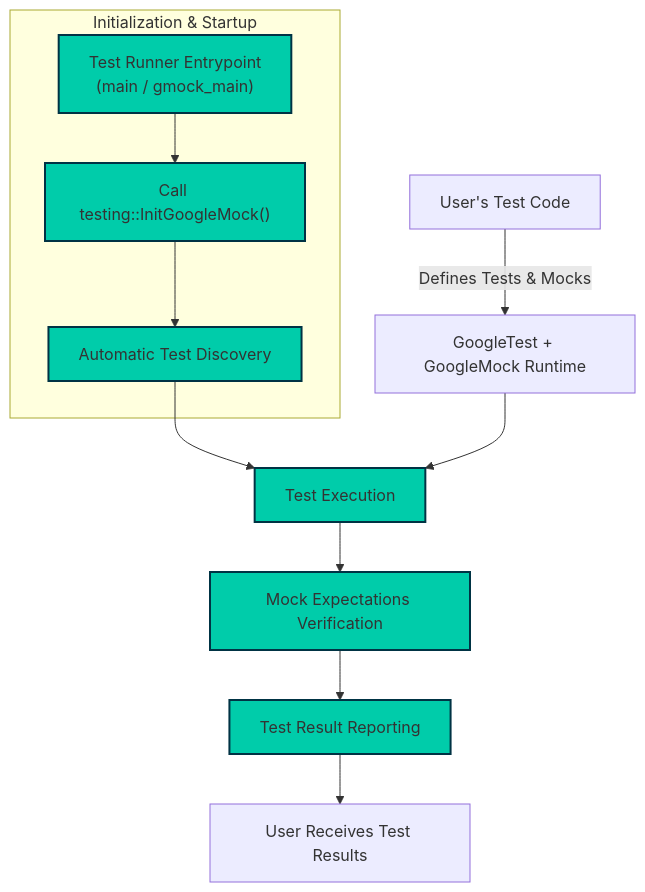
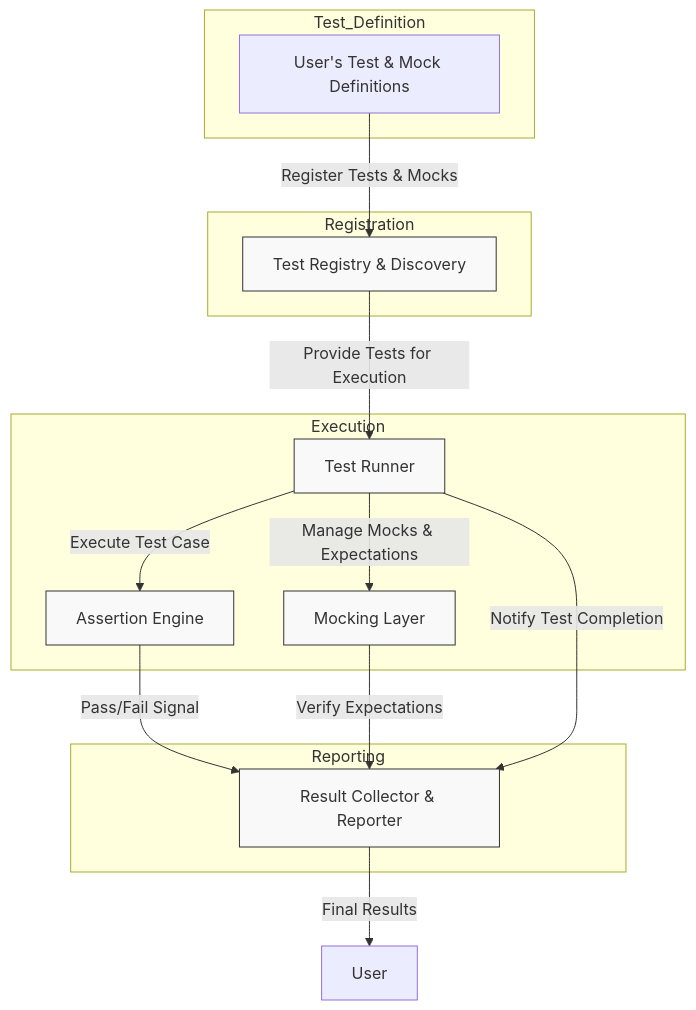
One commit to clidey/docucod-public-project-869ef7c3-7eff-4ad2-9765-2698303f14d7 changed the diagram in overview/architecture-concepts/system-architecture.mdx. Above: the diagram before and after it, drawn with Mermaid. The commit also changed other lines of this file and 55 other files, not shown here.

````diff
--- a/overview/architecture-concepts/system-architecture.mdx
+++ b/overview/architecture-concepts/system-architecture.mdx
@@ -42,21 +45,36 @@
 ```mermaid
 flowchart TD
-
-  USER_CODE["User's Test Code"] -->|Defines Tests & Mocks| TEST_FRAMEWORK["GoogleTest + GoogleMock Runtime"]
-
-  subgraph "Initialization & Startup"
-    ENTRYPOINT["Test Runner Entrypoint\n(main / gmock_main)" ] --> INIT["Call testing::InitGoogleMock()"]
-    INIT --> TEST_DISCOVERY["Automatic Test Discovery"]
+  subgraph Test_Definition
+    TestCode["User's Test & Mock Definitions"]
   end
 
-  TEST_DISCOVERY --> TEST_EXECUTION["Test Execution"]
+  subgraph Registration
+    TestRegistry["Test Registry & Discovery"]
+  end
 
-  TEST_EXECUTION --> MOCK_VERIFICATION["Mock Expectations Verification"]
-  MOCK_VERIFICATION --> REPORTING["Test Result Reporting"]
-  REPORTING --> USER["User Receives Test Results"]
+  subgraph Execution
+    TestRunner["Test Runner"]
+    AssertionEngine["Assertion Engine"]
+    MockLayer["Mocking Layer"]
+  end
 
-  TEST_FRAMEWORK --> TEST_EXECUTION
+  subgraph Reporting
+    Reporter["Result Collector & Reporter"]
+  end
 
-  classDef process fill:#0ca,stroke:#034,stroke-width:2px;
-  class ENTRYPOINT,INIT,TEST_DISCOVERY,TEST_EXECUTION,MOCK_VERIFICATION,REPORTING process;
+  TestCode -->|Register Tests & Mocks| TestRegistry
+  TestRegistry -->|Provide Tests for Execution| TestRunner
+
+  TestRunner -->|Execute Test Case| AssertionEngine
+  TestRunner -->|Manage Mocks & Expectations| MockLayer
+
+  AssertionEngine -->|Pass/Fail Signal| Reporter
+  MockLayer -->|Verify Expectations| Reporter
+
+  TestRunner -->|Notify Test Completion| Reporter
+
+  Reporter -->|Final Results| User
+
+  classDef component fill:#f9f9f9,stroke:#333,stroke-width:1px
+  class TestRegistry,TestRunner,AssertionEngine,MockLayer,Reporter component
 ```
````
